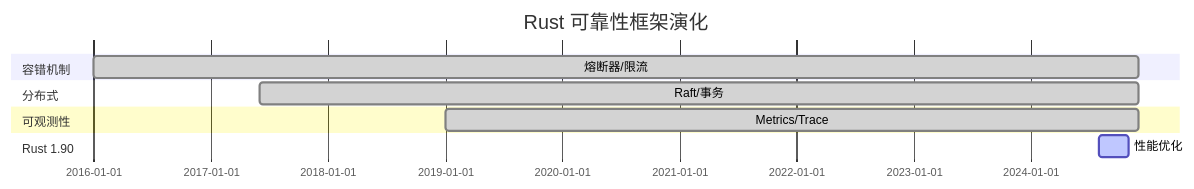
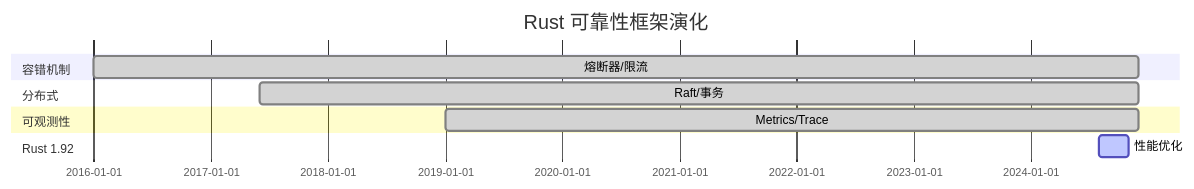
Before and after one commit to AdaMartin18010/OTLP_rust: the third of 3 diagrams in crates/reliability/docs/theory_enhanced/KNOWLEDGE_GRAPH_AND_CONCEPT_RELATIONS.md, drawn with Mermaid. The commit also changed other lines of this file and 170 other files, not shown here.

````diff
--- a/crates/reliability/docs/theory_enhanced/KNOWLEDGE_GRAPH_AND_CONCEPT_RELATIONS.md
+++ b/crates/reliability/docs/theory_enhanced/KNOWLEDGE_GRAPH_AND_CONCEPT_RELATIONS.md
@@ -116,17 +116,17 @@
 ```mermaid
 gantt
     title Rust 可靠性框架演化
     dateFormat YYYY-MM
 
     section 容错机制
     熔断器/限流    :done, 2016-01, 2024-12
 
     section 分布式
     Raft/事务      :done, 2017-06, 2024-12
 
     section 可观测性
     Metrics/Trace  :done, 2019-01, 2024-12
 
-    section Rust 1.90
+    section Rust 1.92
     性能优化       :active, 2024-08, 2024-11
 ```
````
